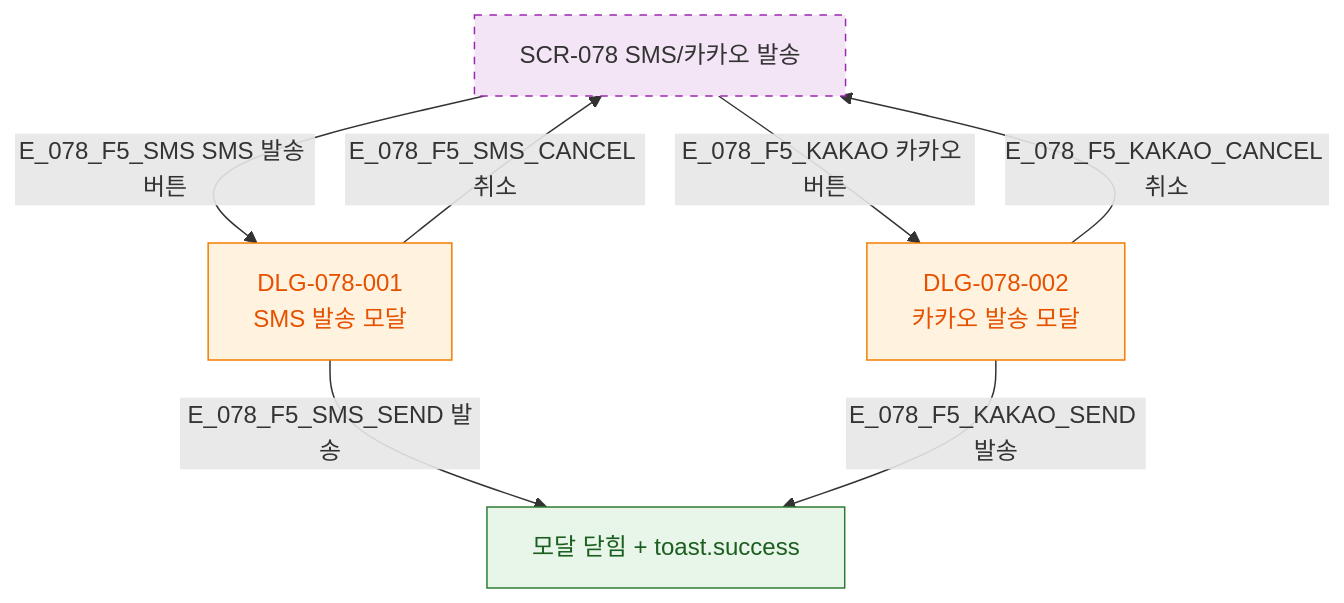
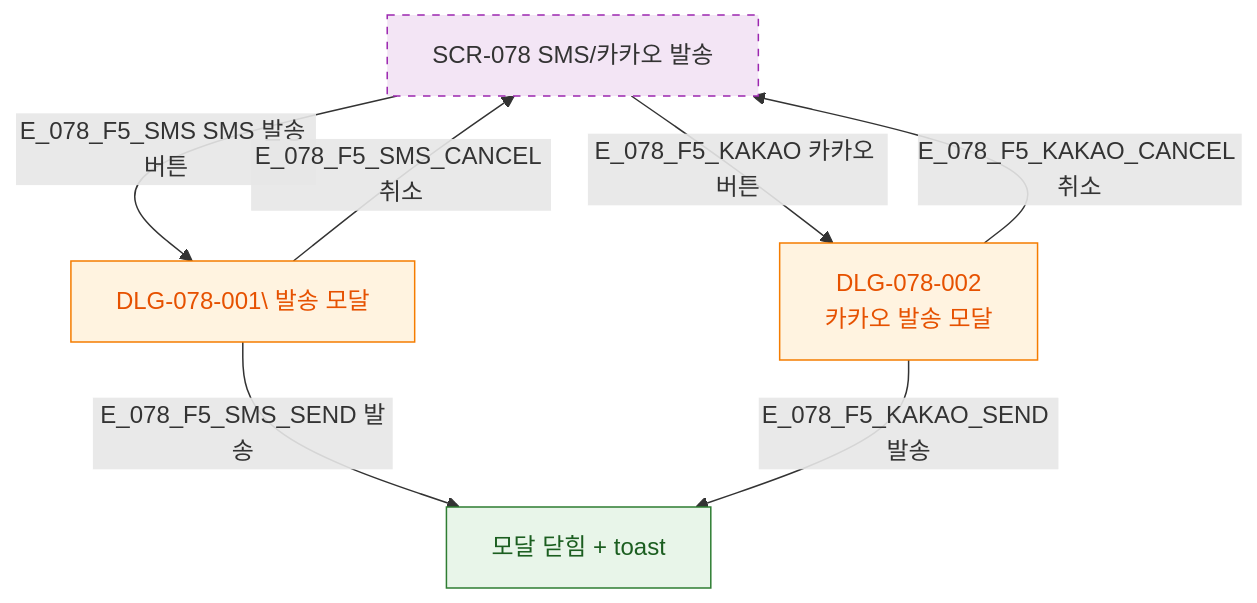
The diagram in docs/다이어그램/D08_마케팅/SCR-078_SMS카카오발송/F5_모달트리거.md (dev-spogym/admin-pando), drawn with Mermaid before and after one commit. The commit also changed other lines of this file and 1660 other files, not shown here.

First line of the commit message:
다이어그램: 기획자/클라이언트 납품본으로 정리

````diff
--- a/docs/다이어그램/D08_마케팅/SCR-078_SMS카카오발송/F5_모달트리거.md
+++ b/docs/다이어그램/D08_마케팅/SCR-078_SMS카카오발송/F5_모달트리거.md
@@ -14,20 +12,20 @@
 ```mermaid
 flowchart TD
   SCR_078[SCR-078 SMS/카카오 발송]
 
-  SCR_078 -->|E_078_F5_SMS SMS 발송 버튼| DLG_001[DLG-078-001\nSMS 발송 모달]
-  SCR_078 -->|E_078_F5_KAKAO 카카오 버튼| DLG_002[DLG-078-002\n카카오 발송 모달]
+  SCR_078 -->|E_078_F5_SMS SMS 발송 버튼|DLG_001[DLG-078-001\ 발송 모달]
+  SCR_078 -->|E_078_F5_KAKAO 카카오 버튼|DLG_002[DLG-078-002\n카카오 발송 모달]
 
-  DLG_001 -->|E_078_F5_SMS_SEND 발송| SENT[모달 닫힘 + toast.success]
-  DLG_001 -->|E_078_F5_SMS_CANCEL 취소| SCR_078
-  DLG_002 -->|E_078_F5_KAKAO_SEND 발송| SENT
-  DLG_002 -->|E_078_F5_KAKAO_CANCEL 취소| SCR_078
+  DLG_001 -->|E_078_F5_SMS_SEND 발송|SENT[모달 닫힘 + toast]
+  DLG_001 -->|E_078_F5_SMS_CANCEL 취소|SCR_078
+  DLG_002 -->|E_078_F5_KAKAO_SEND 발송|SENT
+  DLG_002 -->|E_078_F5_KAKAO_CANCEL 취소|SCR_078
 
   classDef newFeature fill:#F3E5F5,stroke:#9C27B0,stroke-dasharray:5 5
-  classDef modal      fill:#FFF3E0,stroke:#F57C00,color:#E65100
-  classDef success    fill:#E8F5E9,stroke:#2E7D32,color:#1B5E20
+  classDef modal fill:#FFF3E0,stroke:#F57C00,color:#E65100
+  classDef success fill:#E8F5E9,stroke:#2E7D32,color:#1B5E20
 
   class SCR_078 newFeature
   class DLG_001,DLG_002 modal
   class SENT success
 ```
````
